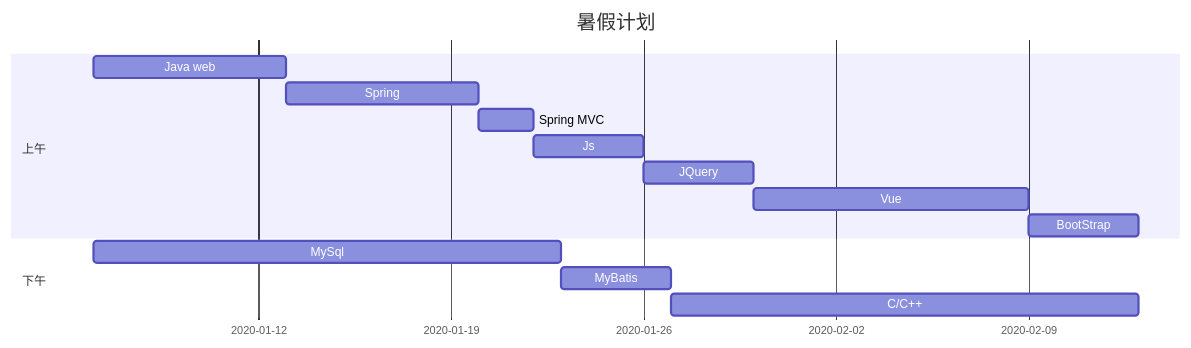
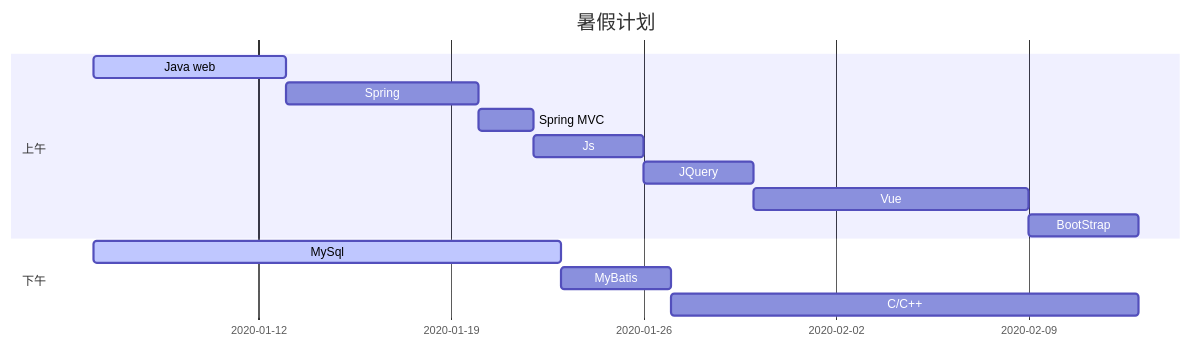
Before and after one commit to xiaochen0517/markdown: the diagram in 总结计划/vacation plan.md, drawn with Mermaid. The commit also changed 18 other files, not shown here.

````diff
--- a/总结计划/vacation plan.md
+++ b/总结计划/vacation plan.md
@@ -1,17 +1,17 @@
 ```mermaid
 gantt
 	dateFormat MM-DD
 	 title 暑假计划
         section 上午
-        Java web:des11, 01-06,7d
+        Java web:active,des11, 01-06,7d
         Spring:des12, after des11, 7d
         Spring MVC:des13, after des12, 2d
         Js:des14, after des13,4d
         JQuery:des15,after des14,4d
         Vue:des16,after des15,10d
         BootStrap:des17, after des16, 4d
         section 下午
-        MySql:des21, 01-06, 17d
+        MySql:active,des21, 01-06, 17d
         MyBatis:des22, after des21, 4d
         C/C++:des23,after des22,17d
 ```
````
